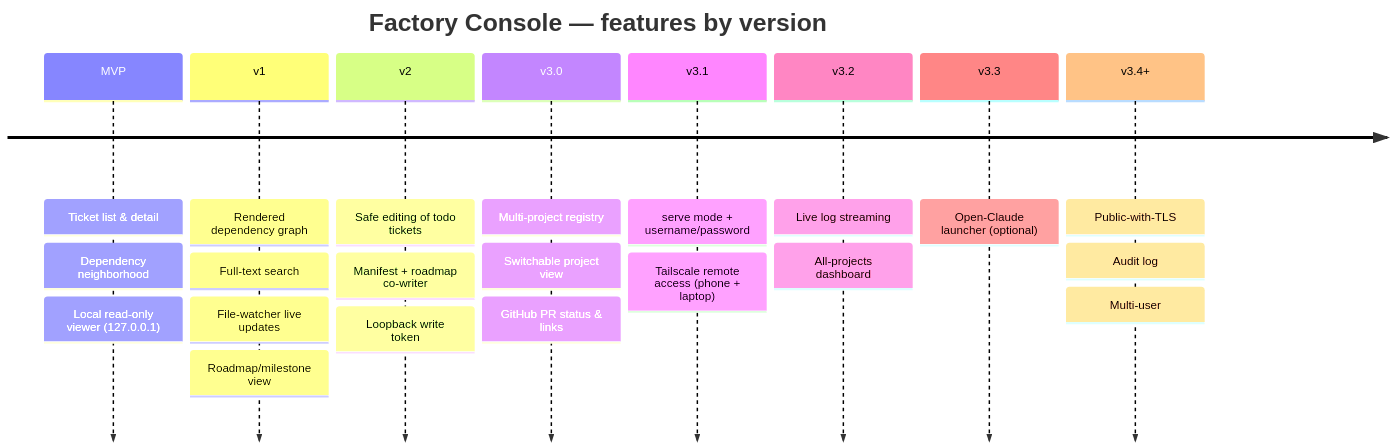
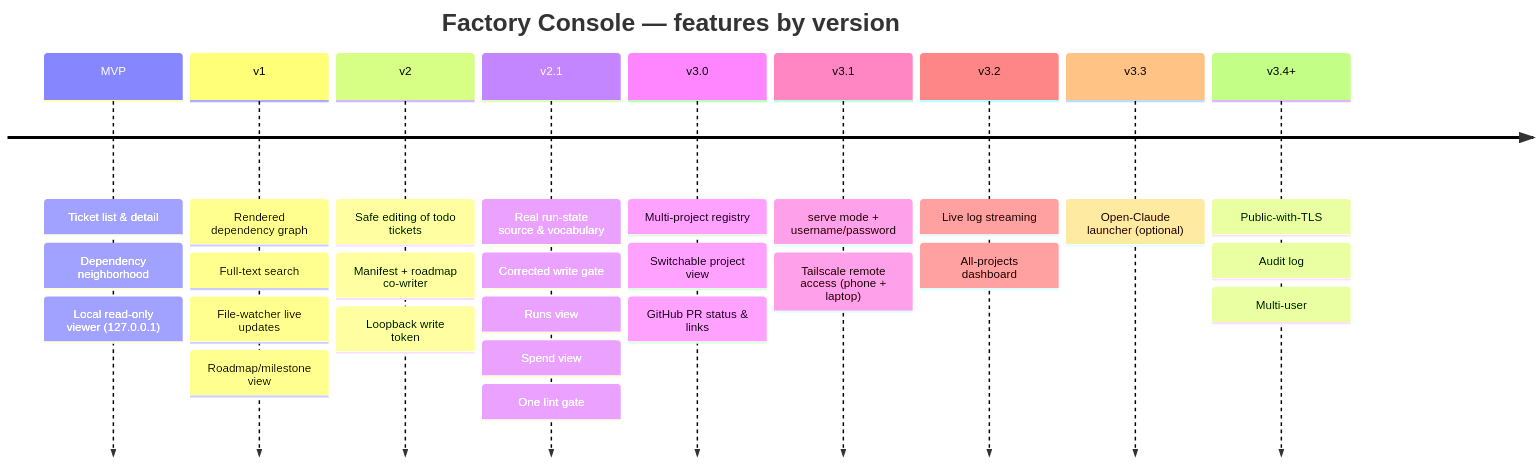
The diagram in docs/planning/ROADMAP.md (abbasihsn/factory-console), drawn with Mermaid before and after one commit. The commit also changed other lines of this file and 82 other files, not shown here.

````diff
--- a/docs/planning/ROADMAP.md
+++ b/docs/planning/ROADMAP.md
@@ -7,12 +7,13 @@
 ```mermaid
 timeline
     title Factory Console — features by version
     MVP : Ticket list & detail : Dependency neighborhood : Local read-only viewer (127.0.0.1)
     v1 : Rendered dependency graph : Full-text search : File-watcher live updates : Roadmap/milestone view
     v2 : Safe editing of todo tickets : Manifest + roadmap co-writer : Loopback write token
+    v2.1 : Real run-state source & vocabulary : Corrected write gate : Runs view : Spend view : One lint gate
     v3.0 : Multi-project registry : Switchable project view : GitHub PR status & links
     v3.1 : serve mode + username/password : Tailscale remote access (phone + laptop)
     v3.2 : Live log streaming : All-projects dashboard
     v3.3 : Open-Claude launcher (optional)
     v3.4+ : Public-with-TLS : Audit log : Multi-user
 ```
````
